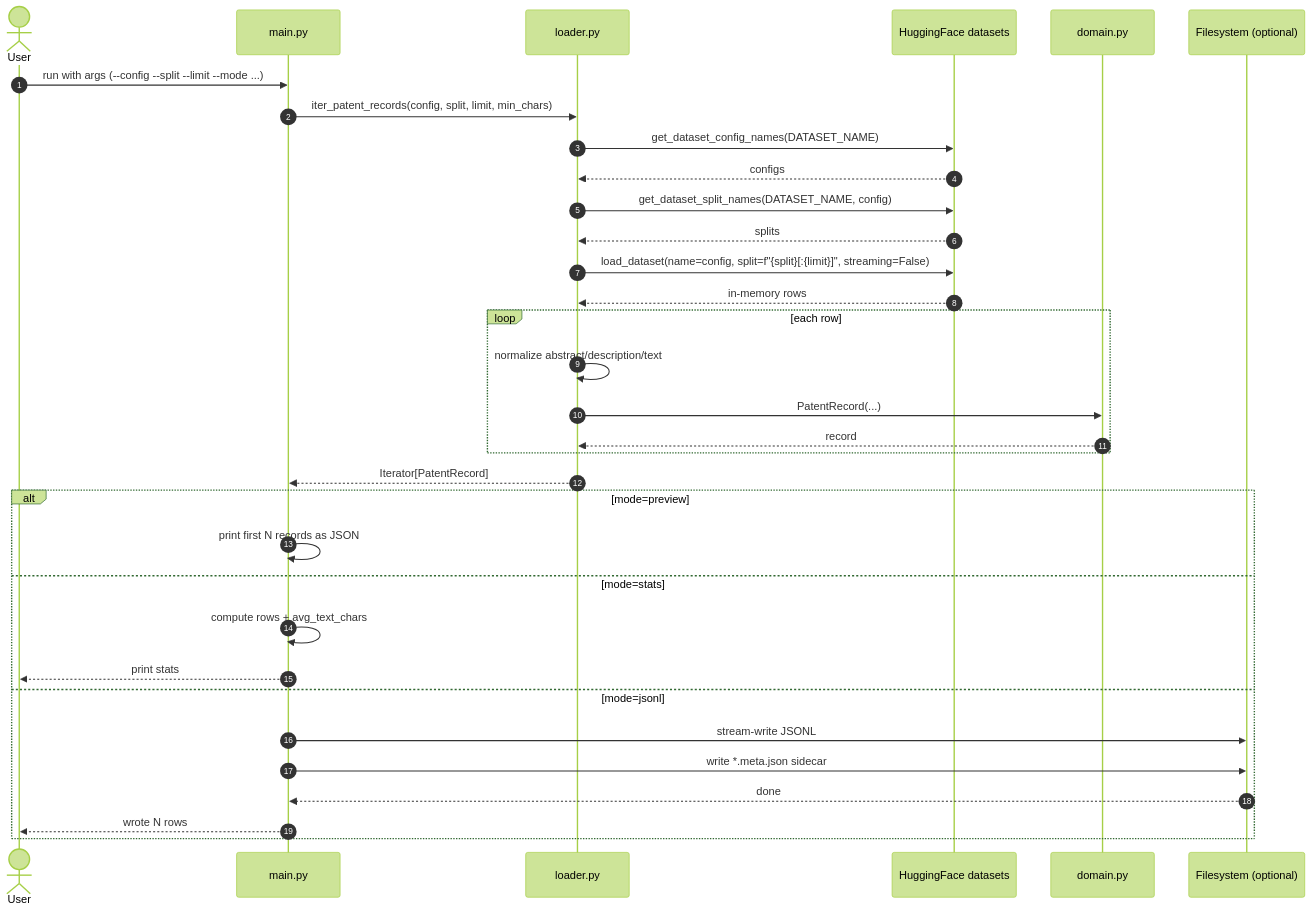
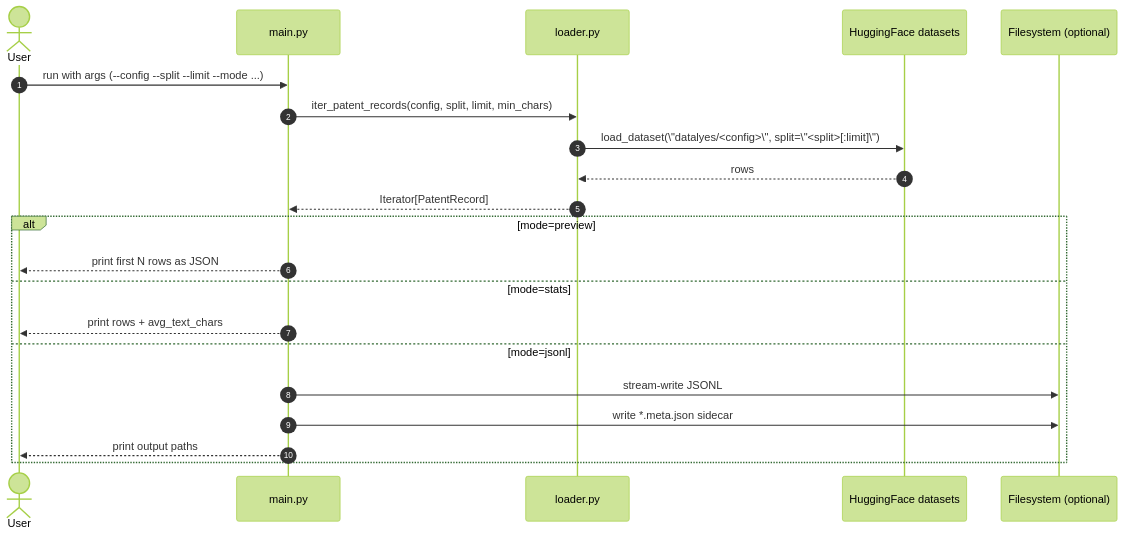
One commit to yao-creative/ai-playground changed the diagram in src/06-big-patent-app/README.md. Above: the diagram before and after it, drawn with Mermaid (forest theme). The commit also changed other lines of this file and 5 other files, not shown here.

Commit message:
Hard-cut loader upstream to PatenTEB keeping CLI form

````diff
--- a/src/06-big-patent-app/README.md
+++ b/src/06-big-patent-app/README.md
@@ -22,40 +37,25 @@
 ```mermaid
 sequenceDiagram
     autonumber
     actor User
     participant CLI as main.py
     participant Loader as loader.py
     participant HF as HuggingFace datasets
-    participant Domain as domain.py
     participant FS as Filesystem (optional)
 
     User->>CLI: run with args (--config --split --limit --mode ...)
     CLI->>Loader: iter_patent_records(config, split, limit, min_chars)
-
-    Loader->>HF: get_dataset_config_names(DATASET_NAME)
-    HF-->>Loader: configs
-    Loader->>HF: get_dataset_split_names(DATASET_NAME, config)
-    HF-->>Loader: splits
-    Loader->>HF: load_dataset(name=config, split=f"{split}[:{limit}]", streaming=False)
-    HF-->>Loader: in-memory rows
-
-    loop each row
-        Loader->>Loader: normalize abstract/description/text
-        Loader->>Domain: PatentRecord(...)
-        Domain-->>Loader: record
-    end
-
+    Loader->>HF: load_dataset(\"datalyes/<config>\", split=\"<split>[:limit]\")
+    HF-->>Loader: rows
     Loader-->>CLI: Iterator[PatentRecord]
 
     alt mode=preview
-        CLI->>CLI: print first N records as JSON
+        CLI-->>User: print first N rows as JSON
     else mode=stats
-        CLI->>CLI: compute rows + avg_text_chars
-        CLI-->>User: print stats
+        CLI-->>User: print rows + avg_text_chars
     else mode=jsonl
         CLI->>FS: stream-write JSONL
         CLI->>FS: write *.meta.json sidecar
-        FS-->>CLI: done
-        CLI-->>User: wrote N rows
+        CLI-->>User: print output paths
     end
 ```
````
